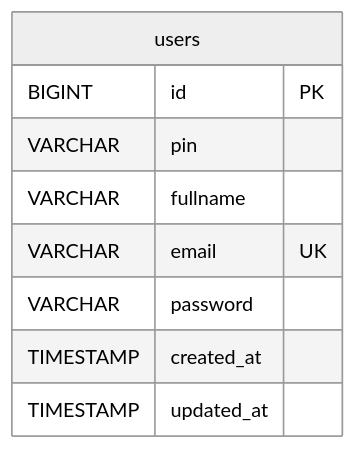
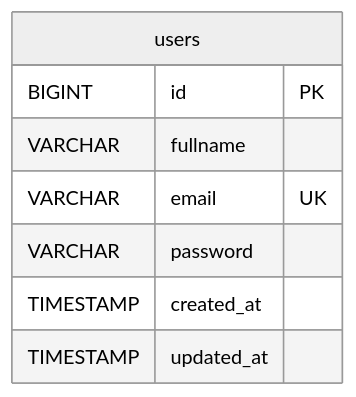
One commit to dimastadeoo/koda-b8-backend2 changed the diagram in readme.md. Above: the diagram before and after it, drawn with Mermaid (neutral theme).

Commit message:
fix: Remove 'pin' field from users ERD diagram

````diff
--- a/readme.md
+++ b/readme.md
@@ -57,12 +57,11 @@
 ```mermaid
 erDiagram
     users {
         BIGINT id PK
-        VARCHAR pin
         VARCHAR fullname
         VARCHAR email UK
         VARCHAR password
         TIMESTAMP created_at
         TIMESTAMP updated_at
     }
 ```
````
